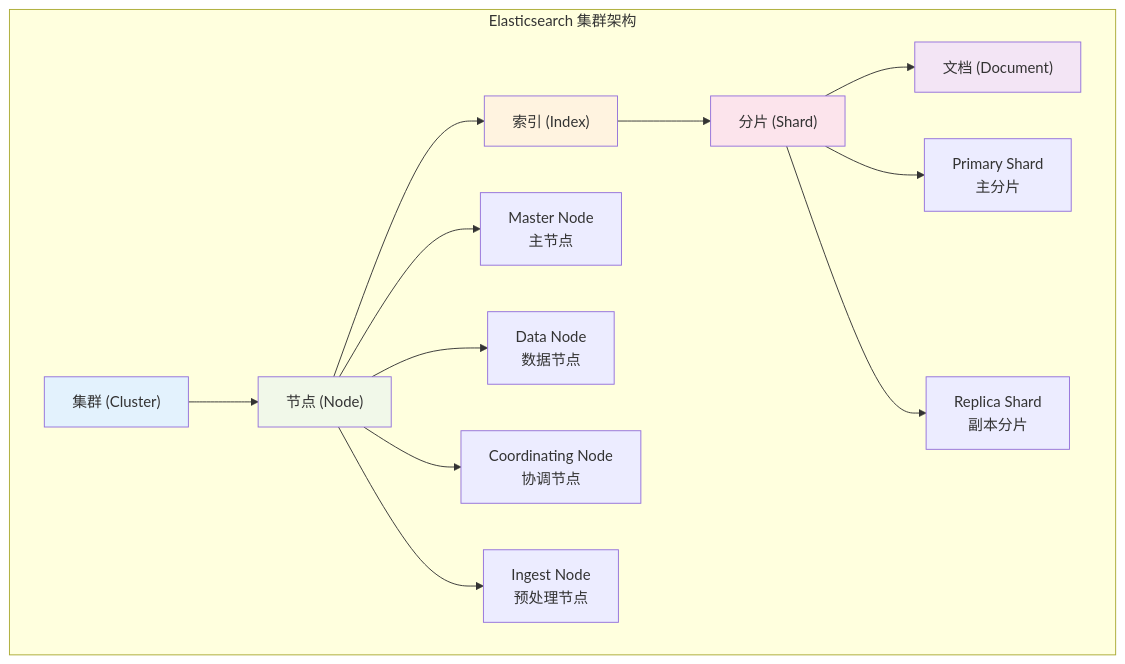
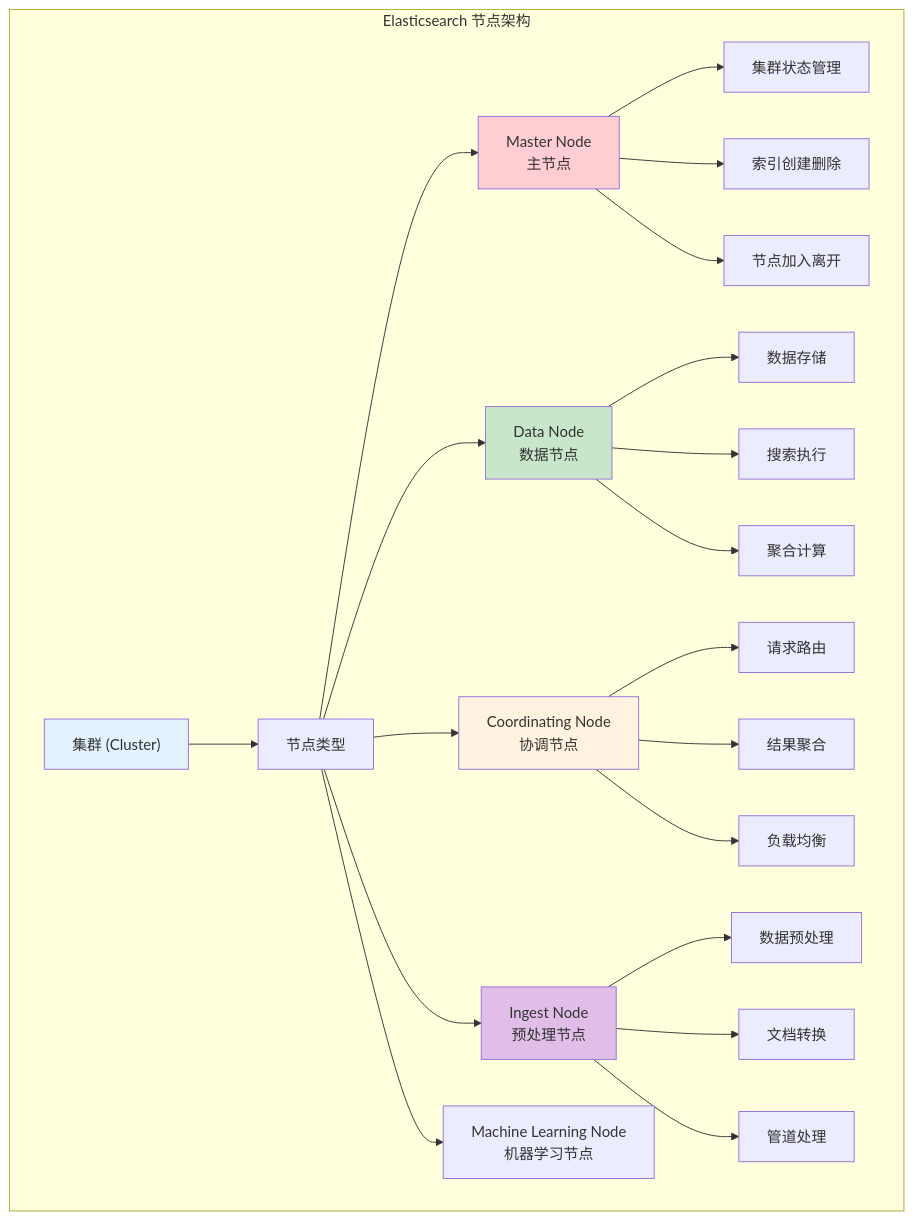
Before and after one commit to ralph-wren/TechStack-Handbook: the second of 30 diagrams in 32.elasticsearch.md, drawn with Mermaid. The commit also changed other lines of this file and 2 other files, not shown here.

````diff
--- a/32.elasticsearch.md
+++ b/32.elasticsearch.md
@@ -128,23 +138,34 @@
 ```mermaid
 graph TB
-    subgraph "Elasticsearch 集群架构"
-        A["集群 (Cluster)"] --> B["节点 (Node)"]
-        B --> C["索引 (Index)"]
-        C --> D["分片 (Shard)"]
-        D --> E["文档 (Document)"]
+    subgraph "Elasticsearch 节点架构"
+        A["集群 (Cluster)"] --> B["节点类型"]
         
         B --> B1["Master Node<br/>主节点"]
         B --> B2["Data Node<br/>数据节点"]
         B --> B3["Coordinating Node<br/>协调节点"]
         B --> B4["Ingest Node<br/>预处理节点"]
+        B --> B5["Machine Learning Node<br/>机器学习节点"]
         
-        D --> D1["Primary Shard<br/>主分片"]
-        D --> D2["Replica Shard<br/>副本分片"]
+        B1 --> B11["集群状态管理"]
+        B1 --> B12["索引创建删除"]
+        B1 --> B13["节点加入离开"]
+        
+        B2 --> B21["数据存储"]
+        B2 --> B22["搜索执行"]
+        B2 --> B23["聚合计算"]
+        
+        B3 --> B31["请求路由"]
+        B3 --> B32["结果聚合"]
+        B3 --> B33["负载均衡"]
+        
+        B4 --> B41["数据预处理"]
+        B4 --> B42["文档转换"]
+        B4 --> B43["管道处理"]
     end
     
     style A fill:#e3f2fd
-    style B fill:#f1f8e9
-    style C fill:#fff3e0
-    style D fill:#fce4ec
-    style E fill:#f3e5f5
+    style B1 fill:#ffcdd2
+    style B2 fill:#c8e6c9
+    style B3 fill:#fff3e0
+    style B4 fill:#e1bee7
 ```
````
